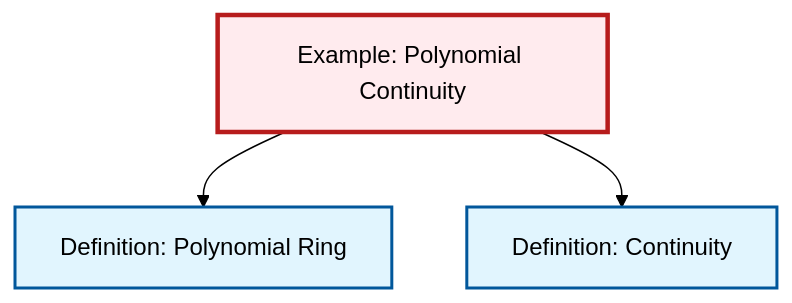
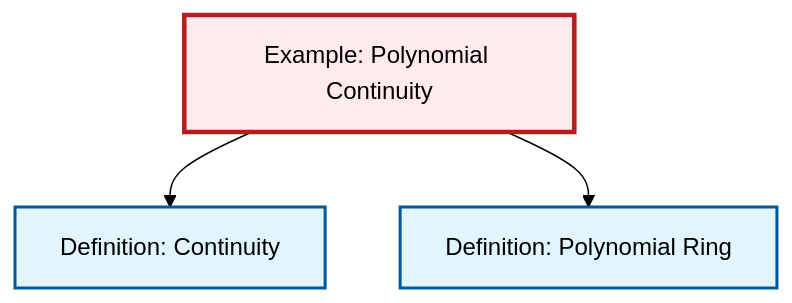
Before and after one commit to RK0429/ModernMath: the diagram in content/ja/analysis/ex-polynomial-continuity.qmd, drawn with Mermaid (forest theme). The commit also changed other lines of this file and 597 other files, not shown here.

````diff
--- a/content/ja/analysis/ex-polynomial-continuity.qmd
+++ b/content/ja/analysis/ex-polynomial-continuity.qmd
@@ -58,17 +58,17 @@
 ```{mermaid}
 %%| fig-cap: "Local dependency graph"
 graph TD
     classDef definition fill:#e1f5fe,stroke:#01579b,stroke-width:2px
     classDef theorem fill:#f3e5f5,stroke:#4a148c,stroke-width:2px
     classDef axiom fill:#fff3e0,stroke:#e65100,stroke-width:2px
     classDef example fill:#e8f5e9,stroke:#1b5e20,stroke-width:2px
     classDef current fill:#ffebee,stroke:#b71c1c,stroke-width:3px
     ex-polynomial-continuity["Example: Polynomial Continuity"]:::example
     def-polynomial-ring["Definition: Polynomial Ring"]:::definition
     def-continuity["Definition: Continuity"]:::definition
+    ex-polynomial-continuity --> def-continuity
     ex-polynomial-continuity --> def-polynomial-ring
-    ex-polynomial-continuity --> def-continuity
     class ex-polynomial-continuity current
     click def-polynomial-ring "def-polynomial-ring.html" "Definition: Polynomial Ringへ"
     click def-continuity "def-continuity.html" "Definition: Continuityへ"
 ```
````
